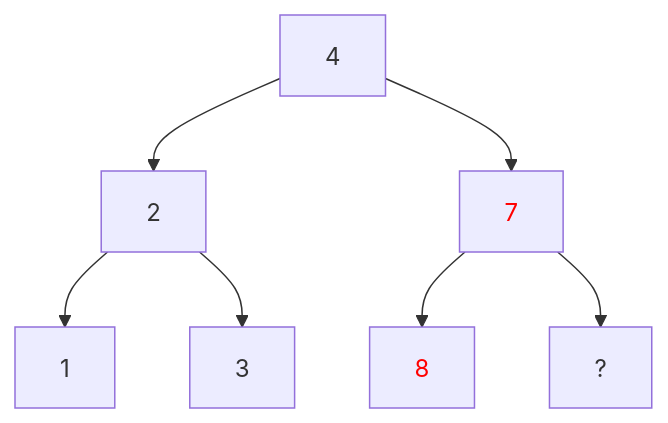
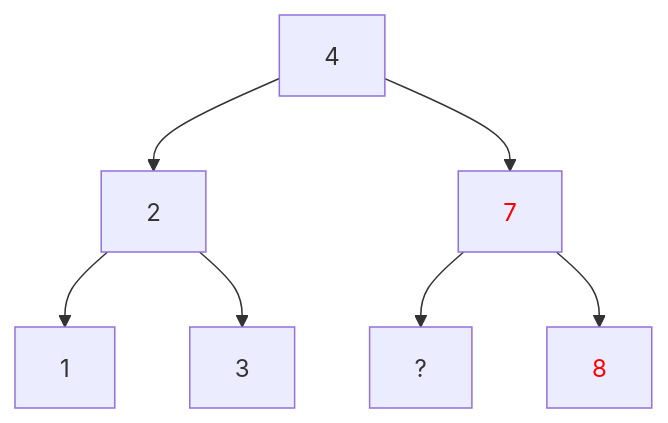
Before and after one commit to tsolenthaler/zbwAlgDs: the eighth of 16 diagrams in docs/algorithmen/binary-tree.md, drawn with Mermaid. The commit also changed other lines of this file, not shown here.

Commit message:
Update binary tree diagram to reflect correct node connections and removal process

````diff
--- a/docs/algorithmen/binary-tree.md
+++ b/docs/algorithmen/binary-tree.md
@@ -233,11 +248,11 @@
 ``` mermaid
 flowchart TD
     4 --> 2
     4 --> 7
     2 --> 1
     2 --> 3
+    7 --> ?
     7 --> 8
-    7 --> ?
     style 7 color:red
     style 8 color:red
 ```
````
